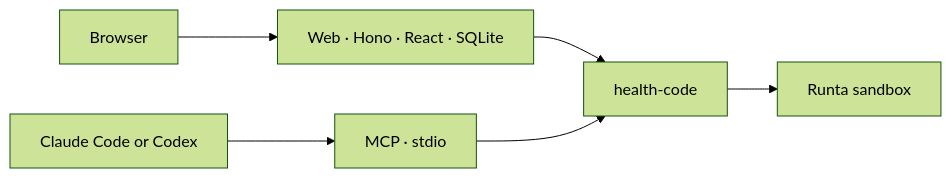
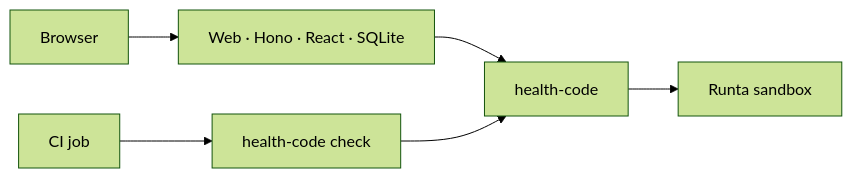
The diagram in README.md (doubleoevan/health-code), drawn with Mermaid (forest theme) before and after one commit. The commit also changed other lines of this file and 103 other files, not shown here.

First line of the commit message:
feat!: remove the MCP server and keep the CI command

````diff
--- a/README.md
+++ b/README.md
@@ -72,8 +89,8 @@
 ```mermaid
 flowchart LR
   Browser --> Web["Web · Hono · React · SQLite"]
-  Agent["Claude Code or Codex"] --> MCP["MCP · stdio"]
+  CI["CI job"] --> Command["health-code check"]
   Web --> Library["health-code"]
-  MCP --> Library
+  Command --> Library
   Library --> Runta["Runta sandbox"]
 ```
````
